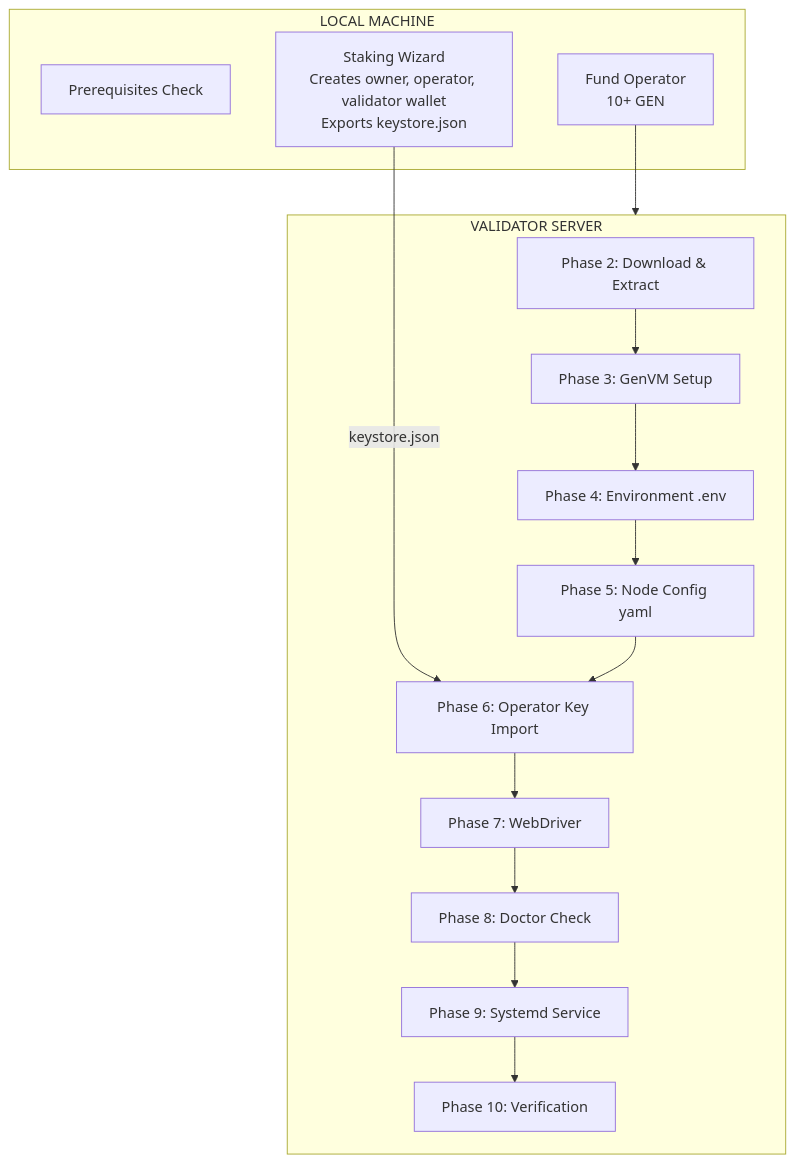
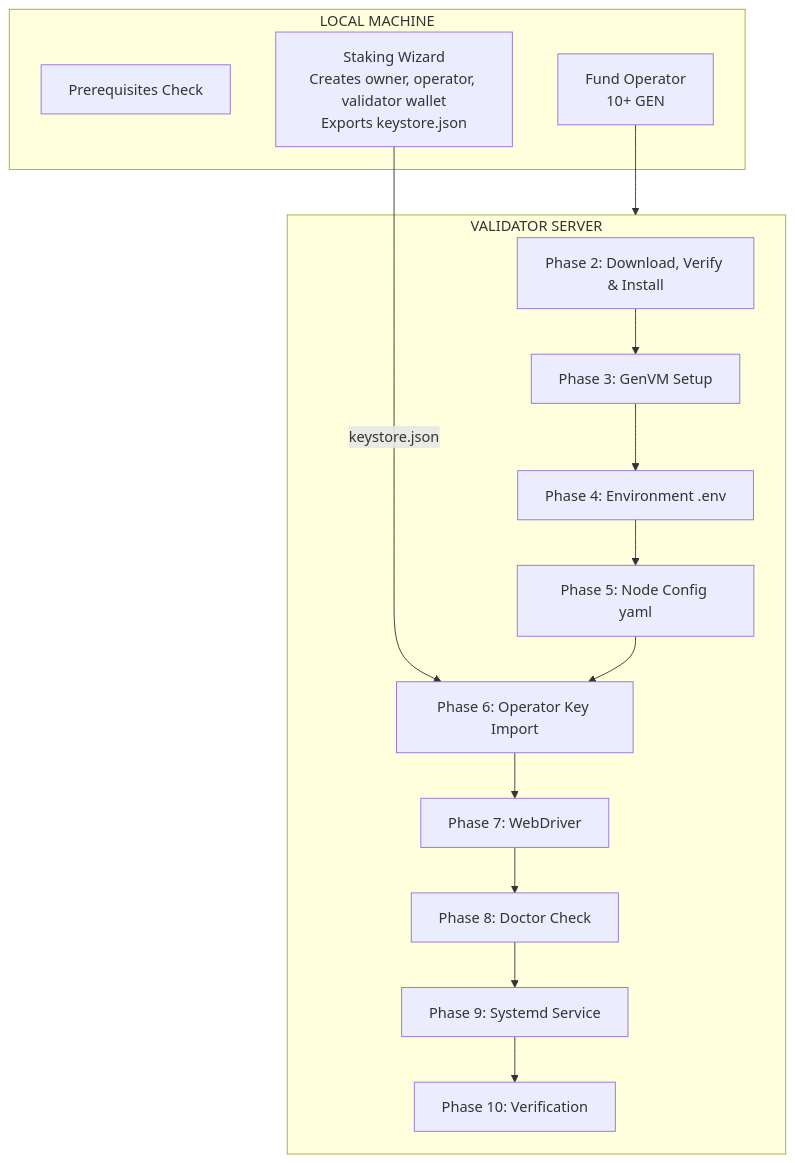
Before and after one commit to genlayerlabs/skills: the diagram in plugins/genlayernode/skills/genlayernode/install-procedure.md, drawn with Mermaid. The commit also changed other lines of this file and 13 other files, not shown here.

````diff
--- a/plugins/genlayernode/skills/genlayernode/install-procedure.md
+++ b/plugins/genlayernode/skills/genlayernode/install-procedure.md
@@ -8,25 +8,25 @@
 ```mermaid
 flowchart TD
     subgraph LOCAL["LOCAL MACHINE"]
         A[Prerequisites Check]
         B[Staking Wizard<br/>Creates owner, operator, validator wallet<br/>Exports keystore.json]
         C[Fund Operator<br/>10+ GEN]
     end
 
     subgraph SERVER["VALIDATOR SERVER"]
-        D[Phase 2: Download & Extract]
+        D[Phase 2: Download, Verify & Install]
         E[Phase 3: GenVM Setup]
         F[Phase 4: Environment .env]
         G[Phase 5: Node Config yaml]
         H[Phase 6: Operator Key Import]
         I[Phase 7: WebDriver]
         J[Phase 8: Doctor Check]
         K[Phase 9: Systemd Service]
         L[Phase 10: Verification]
     end
 
     B --> |keystore.json| H
     C --> SERVER
     D --> E --> F --> G --> H
     H --> I --> J --> K --> L
 ```
````
